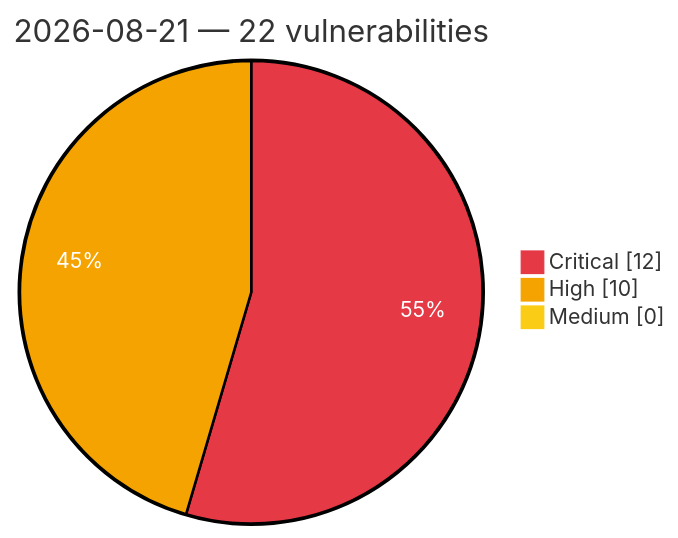
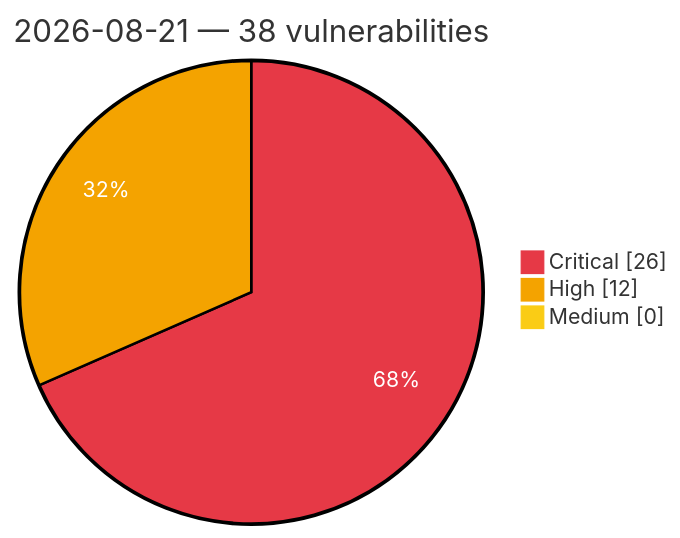
Before and after one commit to GhostX0X/vuln-tracker: the diagram in vulnerabilities/2026/August/2026-08-21.md, drawn with Mermaid. The commit also changed other lines of this file and 5 other files, not shown here.

Commit message:
Auto update: critical/high vulns (2026-08-21 16:30 UTC)

````diff
--- a/vulnerabilities/2026/August/2026-08-21.md
+++ b/vulnerabilities/2026/August/2026-08-21.md
@@ -3,8 +3,8 @@
 ```mermaid
 %%{init: {'theme':'base', 'themeVariables': {'pie1':'#e63946', 'pie2':'#f4a300', 'pie3':'#facc15', 'pieOpacity':'1', 'pieOuterStrokeWidth':'2px', 'pieSectionTextColor':'#ffffff'}}}%%
 pie showData
-    title 2026-08-21 — 22 vulnerabilities
-    "Critical" : 12
-    "High" : 10
+    title 2026-08-21 — 38 vulnerabilities
+    "Critical" : 26
+    "High" : 12
     "Medium" : 0
 ```
````
